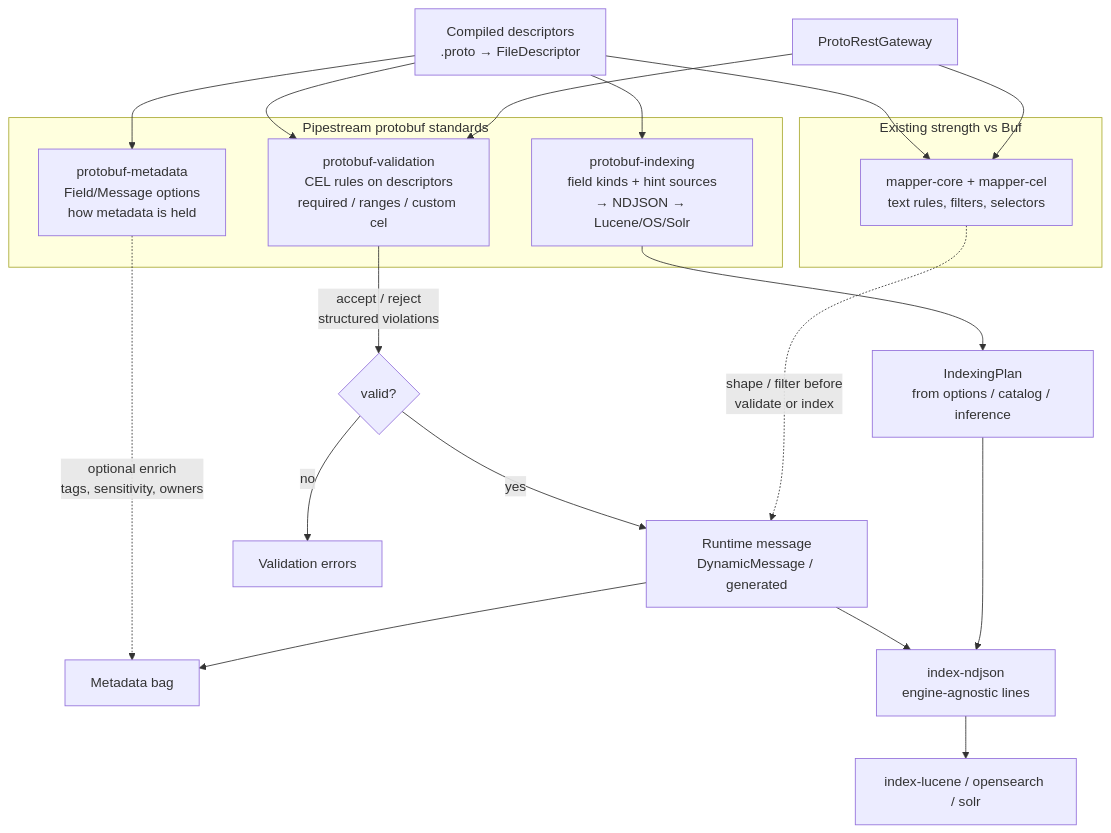
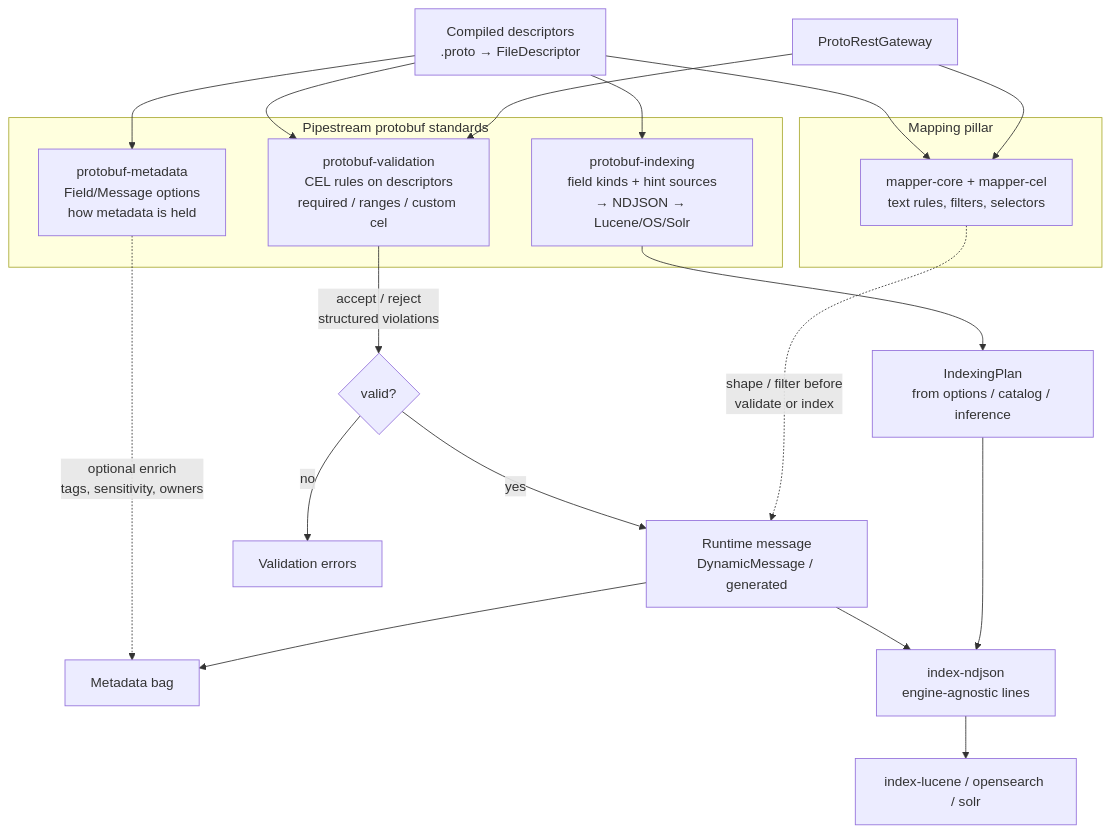
The diagram in README.md (ai-pipestream/protomolt), drawn with Mermaid before and after one commit. The commit also changed other lines of this file, not shown here.

````diff
--- a/README.md
+++ b/README.md
@@ -228,38 +228,38 @@
 ```mermaid
 flowchart TB
   subgraph Standards["Pipestream protobuf standards"]
     META["protobuf-metadata<br/>Field/Message options<br/>how metadata is held"]
     VAL["protobuf-validation<br/>CEL rules on descriptors<br/>required / ranges / custom cel"]
     IDX["protobuf-indexing<br/>field kinds + hint sources<br/>→ NDJSON → Lucene/OS/Solr"]
   end
 
-  subgraph Mapping["Existing strength vs Buf"]
+  subgraph Mapping["Mapping pillar"]
     MAP["mapper-core + mapper-cel<br/>text rules, filters, selectors"]
   end
 
   DESC["Compiled descriptors<br/>.proto → FileDescriptor"]
 
   DESC --> META
   DESC --> VAL
   DESC --> IDX
   DESC --> MAP
 
   MSG["Runtime message<br/>DynamicMessage / generated"]
 
   VAL -->|"accept / reject<br/>structured violations"| GATE{"valid?"}
   GATE -->|no| ERR["Validation errors"]
   GATE -->|yes| MSG
 
   META -.->|"optional enrich<br/>tags, sensitivity, owners"| BAG["Metadata bag"]
   MSG --> BAG
 
   MSG --> NDJSON["index-ndjson<br/>engine-agnostic lines"]
   IDX --> PLAN["IndexingPlan<br/>from options / catalog / inference"]
   PLAN --> NDJSON
   NDJSON --> ENGINES["index-lucene / opensearch / solr"]
 
   MAP -.->|"shape / filter before<br/>validate or index"| MSG
 
   REST["ProtoRestGateway"] --> VAL
   REST --> MAP
 ```
````
